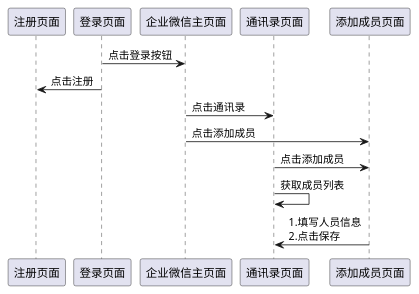
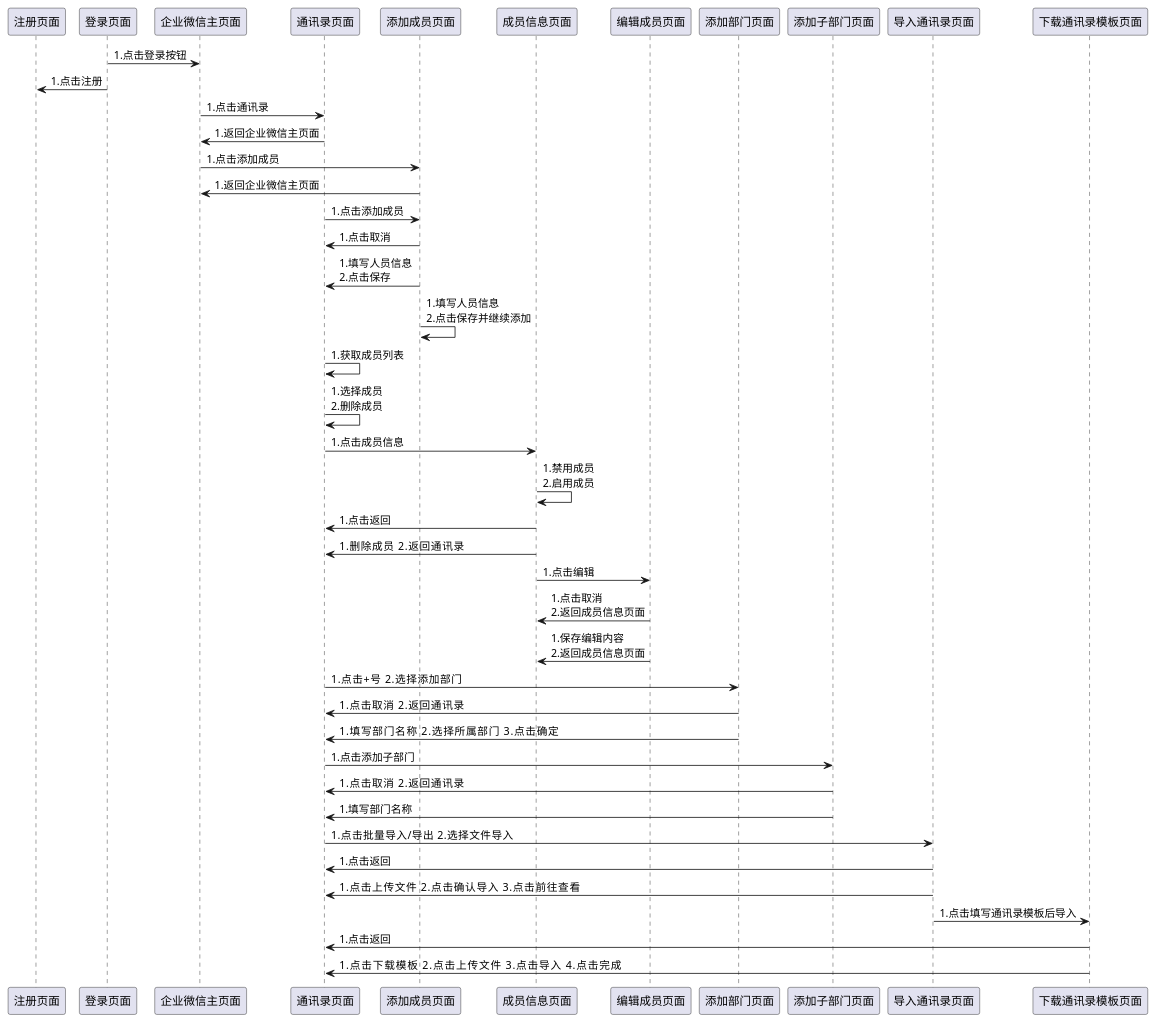
The diagram in WebWeChatPO/step.puml (Ken-Winchester/HogwartsHomework), drawn with PlantUML before and after one commit. The commit also changed 12 other files, not shown here.

```diff
--- a/WebWeChatPO/step.puml
+++ b/WebWeChatPO/step.puml
@@ -1,28 +1,87 @@
 @startuml
 
 participant 注册页面 as register
 
 participant 登录页面 as login
 
 participant 企业微信主页面 as main
 
 participant 通讯录页面 as contact
 
 participant 添加成员页面 as add_member
 
-login -> main: 点击登录按钮
+participant 成员信息页面 as member_info_page
 
-login -> register: 点击注册
+participant 编辑成员页面 as edit_menber_page
 
-main -> contact: 点击通讯录
+participant 添加部门页面 as add_department
 
-main -> add_member: 点击添加成员
+participant 添加子部门页面 as add_sub_department
 
-contact -> add_member: 点击添加成员
+participant 导入通讯录页面 as import_contact
 
-contact -> contact: 获取成员列表
+participant 下载通讯录模板页面 as download_contact
+
+login -> main: 1.点击登录按钮
+
+login -> register: 1.点击注册
+
+main -> contact: 1.点击通讯录
+
+contact -> main: 1.返回企业微信主页面
+
+main -> add_member: 1.点击添加成员
+
+add_member -> main: 1.返回企业微信主页面
+
+contact -> add_member: 1.点击添加成员
+
+add_member -> contact: 1.点击取消
 
 add_member -> contact: 1.填写人员信息 \n2.点击保存
 
+add_member -> add_member: 1.填写人员信息 \n2.点击保存并继续添加
+
+contact -> contact: 1.获取成员列表
+
+contact  -> contact: 1.选择成员 \n2.删除成员
+
+contact -> member_info_page: 1.点击成员信息
+
+member_info_page -> member_info_page: 1.禁用成员 \n2.启用成员
+
+member_info_page-> contact: 1.点击返回
+
+member_info_page -> contact: 1.删除成员    2.返回通讯录
+
+member_info_page -> edit_menber_page: 1.点击编辑
+
+edit_menber_page -> member_info_page: 1.点击取消 \n2.返回成员信息页面
+
+edit_menber_page -> member_info_page: 1.保存编辑内容 \n2.返回成员信息页面
+
+contact -> add_department: 1.点击+号    2.选择添加部门
+
+add_department -> contact: 1.点击取消    2.返回通讯录
+
+add_department -> contact: 1.填写部门名称    2.选择所属部门    3.点击确定
+
+contact -> add_sub_department: 1.点击添加子部门
+
+add_sub_department -> contact: 1.点击取消    2.返回通讯录
+
+add_sub_department -> contact: 1.填写部门名称
+
+contact -> import_contact: 1.点击批量导入/导出    2.选择文件导入
+
+import_contact -> contact: 1.点击返回
+
+import_contact -> contact: 1.点击上传文件    2.点击确认导入    3.点击前往查看
+
+import_contact -> download_contact: 1.点击填写通讯录模板后导入
+
+download_contact -> contact: 1.点击返回
+
+download_contact -> contact: 1.点击下载模板    2.点击上传文件    3.点击导入    4.点击完成
 
 @enduml
```
